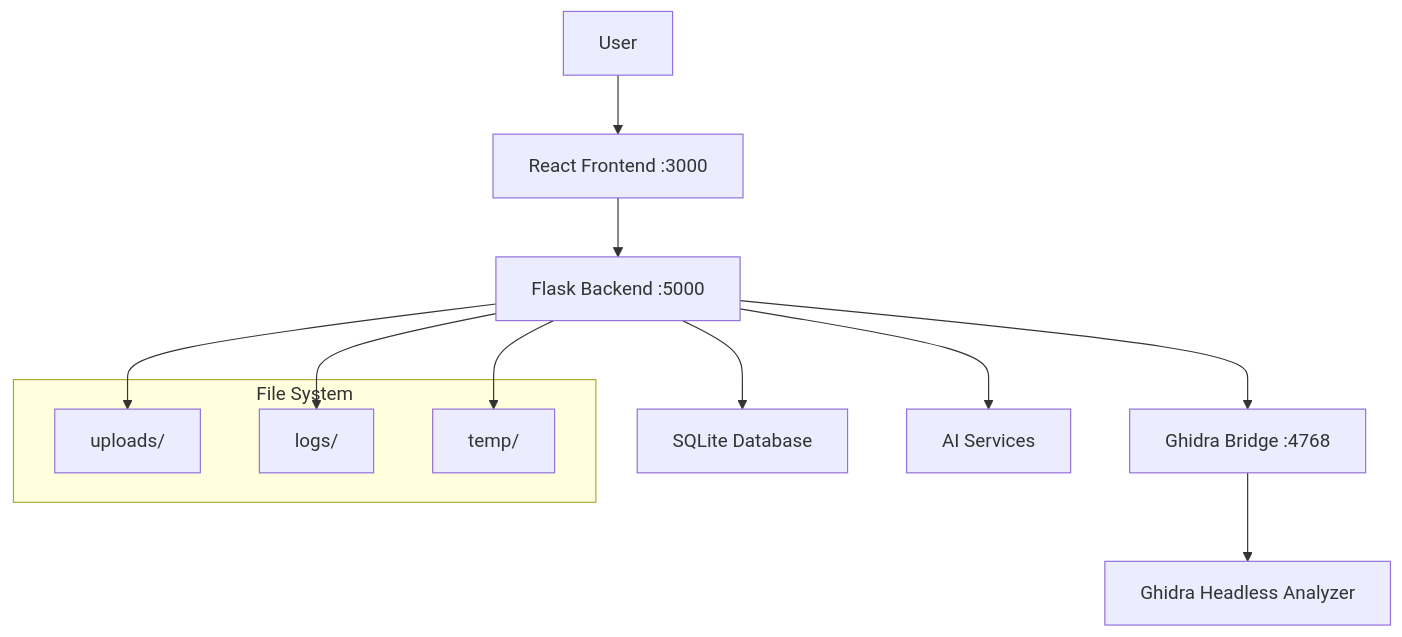
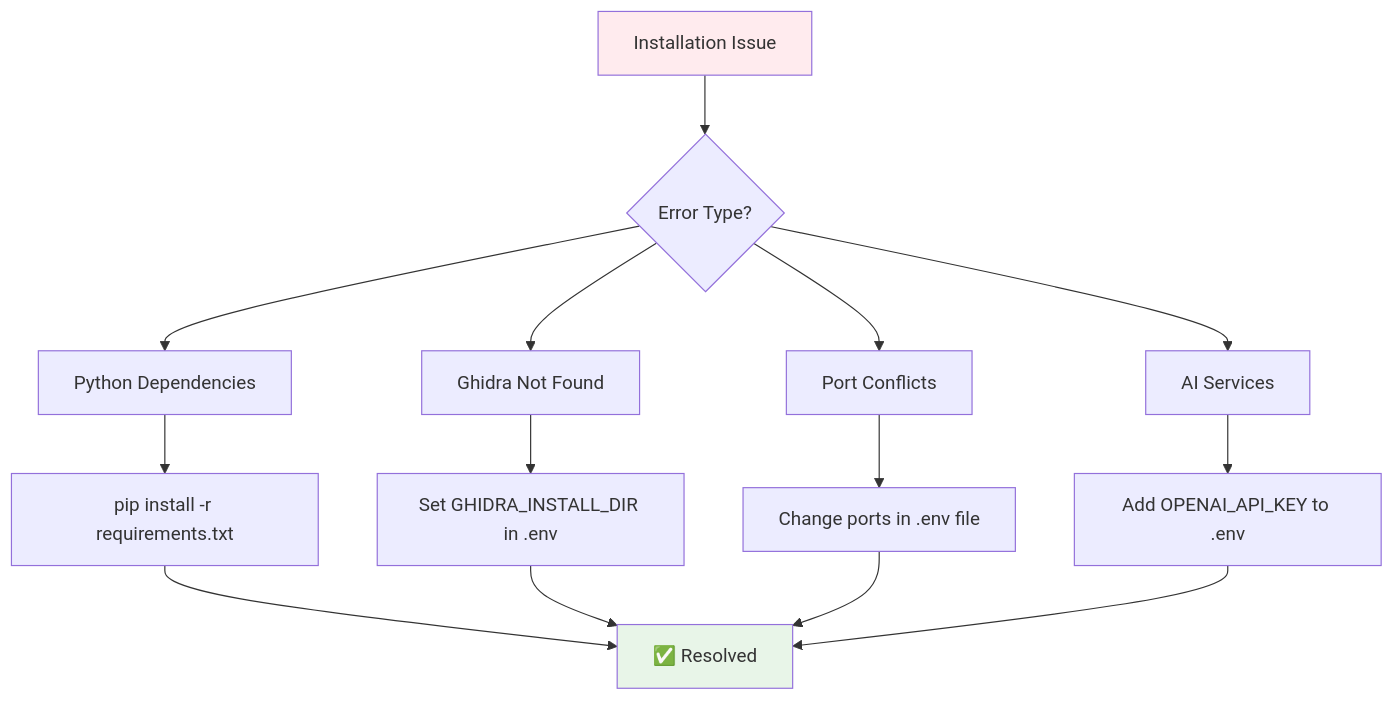
Before and after one commit to threatpointer/ShadowSeek: the diagram in user-docs/getting-started/installation.md, drawn with Mermaid. The commit also changed other lines of this file and 152 other files, not shown here.

````diff
--- a/user-docs/getting-started/installation.md
+++ b/user-docs/getting-started/installation.md
@@ -368,19 +319,22 @@
 ```mermaid
 graph TD
-    A[User] --> B[React Frontend :3000]
-    B --> C[Flask Backend :5000]
-    C --> D[Ghidra Bridge :4768]
-    D --> E[Ghidra Headless Analyzer]
-    C --> F[SQLite Database]
-    C --> G[AI Services]
+    A[Installation Issue] --> B{Error Type?}
     
-    subgraph "File System"
-        H[uploads/]
-        I[logs/]
-        J[temp/]
-    end
+    B --> C[Python Dependencies]
+    B --> D[Ghidra Not Found]
+    B --> E[Port Conflicts]
+    B --> F[AI Services]
     
-    C --> H
-    C --> I
-    C --> J
+    C --> G[pip install -r requirements.txt]
+    D --> H[Set GHIDRA_INSTALL_DIR in .env]
+    E --> I[Change ports in .env file]
+    F --> J[Add OPENAI_API_KEY to .env]
+    
+    G --> K[✅ Resolved]
+    H --> K
+    I --> K
+    J --> K
+    
+    style A fill:#ffebee
+    style K fill:#e8f5e8
 ```
````
